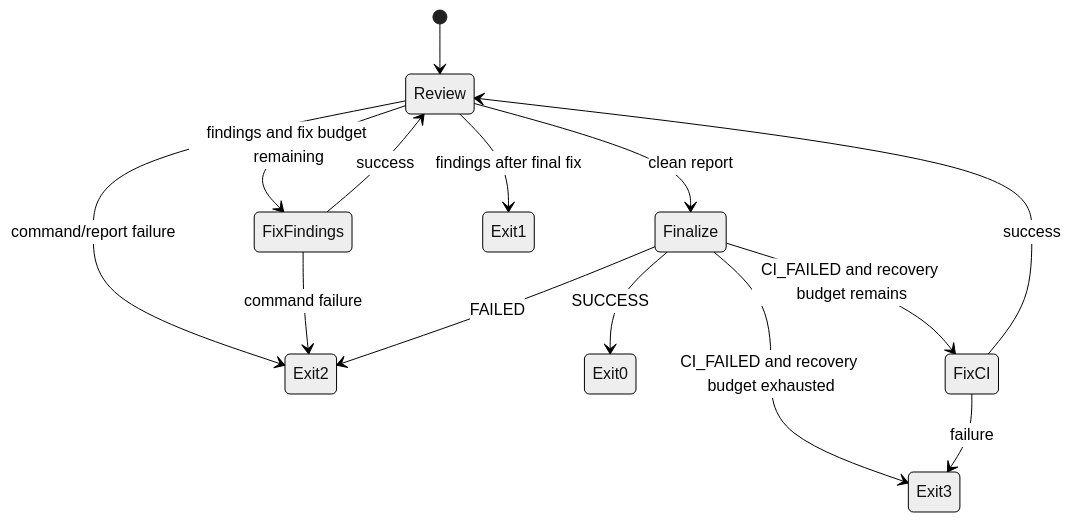
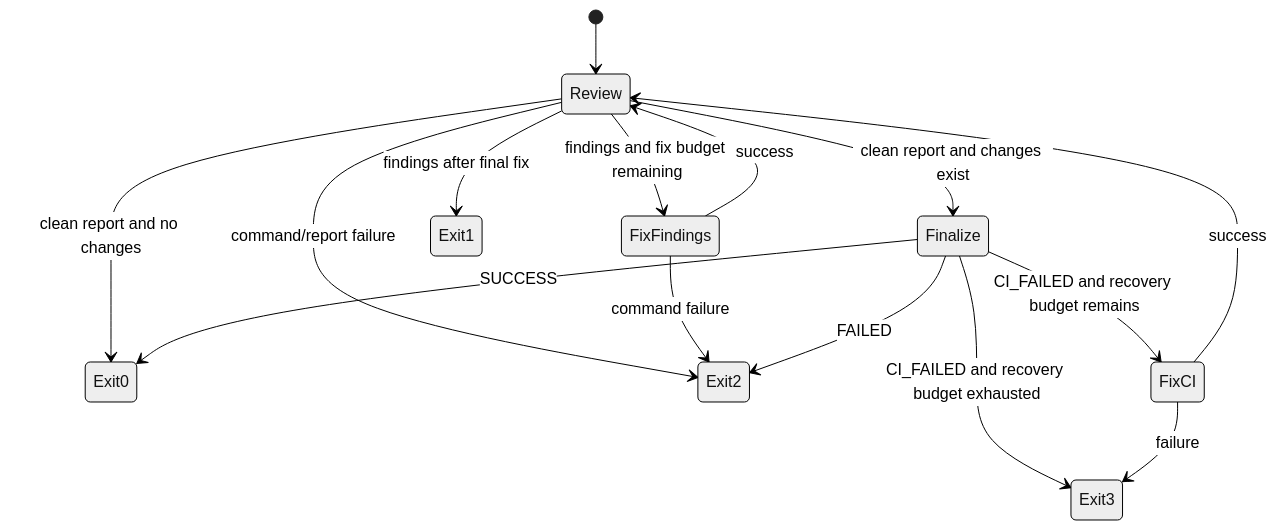
The diagram in memory-bank/domain/states.md (dapi/code-converge), drawn with Mermaid (neutral theme) before and after one commit. The commit also changed 18 other files, not shown here.

Commit message:
Accept structured clean review responses

````diff
--- a/memory-bank/domain/states.md
+++ b/memory-bank/domain/states.md
@@ -18,16 +18,17 @@
 ```mermaid
 stateDiagram-v2
   [*] --> Review
   Review --> FixFindings: findings and fix budget remaining
   FixFindings --> Review: success
-  Review --> Finalize: clean report
+  Review --> Finalize: clean report and changes exist
+  Review --> Exit0: clean report and no changes
   Review --> Exit1: findings after final fix
   Review --> Exit2: command/report failure
   FixFindings --> Exit2: command failure
   Finalize --> Exit0: SUCCESS
   Finalize --> FixCI: CI_FAILED and recovery budget remains
   Finalize --> Exit3: CI_FAILED and recovery budget exhausted
   Finalize --> Exit2: FAILED
   FixCI --> Review: success
   FixCI --> Exit3: failure
 ```
````
